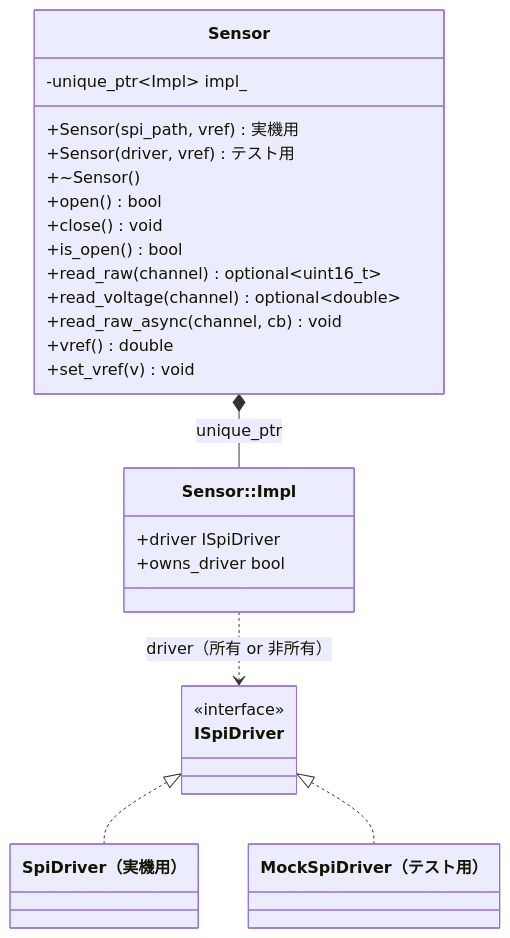
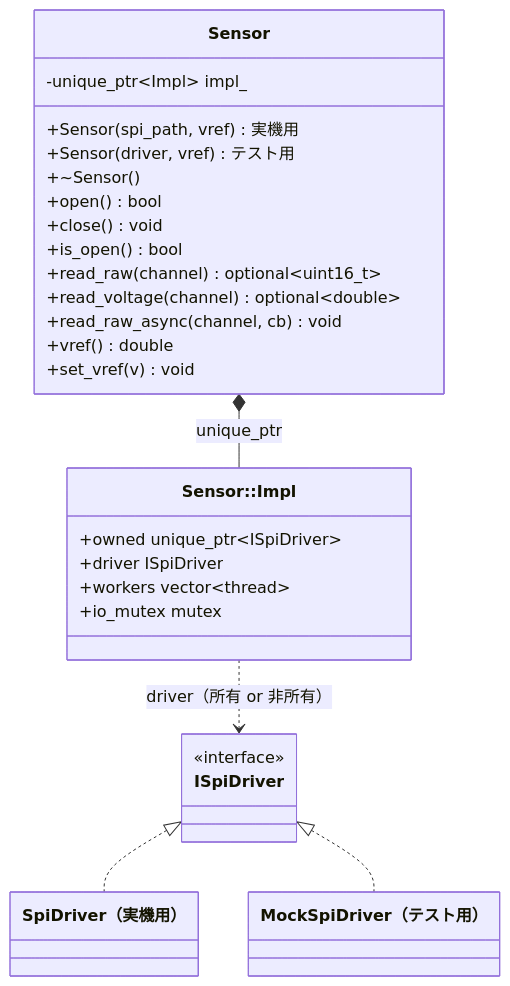
One commit to asiball/private-test-cpp-project changed the first of 3 diagrams in docs/deliverables/03_detailed-design/libsensor-design.md. Above: the diagram before and after it, drawn with Mermaid. The commit also changed other lines of this file and 2 other files, not shown here.

First line of the commit message:
docs: read_raw_async の join 方式・unique_ptr 所有・SPI リトライ回数を実装に同期

````diff
--- a/docs/deliverables/03_detailed-design/libsensor-design.md
+++ b/docs/deliverables/03_detailed-design/libsensor-design.md
@@ -33,30 +33,32 @@
 ```mermaid
 classDiagram
     class Sensor {
         -unique_ptr~Impl~ impl_
         +Sensor(spi_path, vref) 実機用
         +Sensor(driver, vref) テスト用
         +~Sensor()
         +open() bool
         +close() void
         +is_open() bool
         +read_raw(channel) optional~uint16_t~
         +read_voltage(channel) optional~double~
         +read_raw_async(channel, cb) void
         +vref() double
         +set_vref(v) void
     }
     class Impl["Sensor::Impl"] {
+        +owned unique_ptr~ISpiDriver~
         +driver ISpiDriver
-        +owns_driver bool
+        +workers vector~thread~
+        +io_mutex mutex
     }
     class ISpiDriver {
         <<interface>>
     }
     class SpiDriver["SpiDriver（実機用）"]
     class MockSpiDriver["MockSpiDriver（テスト用）"]
     Sensor *-- Impl : unique_ptr
     Impl ..> ISpiDriver : driver（所有 or 非所有）
     ISpiDriver <|.. SpiDriver
     ISpiDriver <|.. MockSpiDriver
 ```
````
